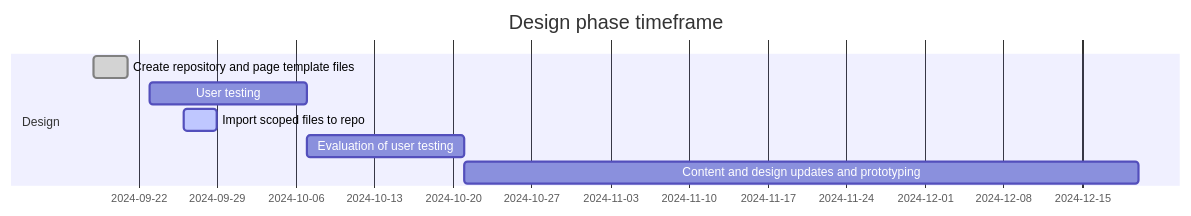
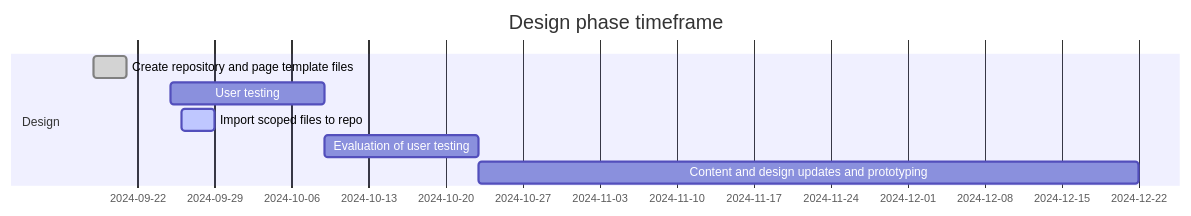
One commit to cra-proto/gst-hst-business changed the first of 2 diagrams in README.md. Above: the diagram before and after it, drawn with Mermaid.

````diff
--- a/README.md
+++ b/README.md
@@ -31,11 +31,11 @@
 ```mermaid
 gantt
     title Design phase timeframe
     dateFormat  YYYY-MM-DD
     section Design
     Create repository and page template files :done, a1, 2024-09-18, 3d
-    User testing :b1, 2024-09-23, 14d
+    User testing :b1, 2024-09-25, 14d
     Import scoped files to repo :active, a2, 2024-09-26, 3d
     Evaluation of user testing :b2, after b1, 14d
     Content and design updates and prototyping :after b2, 60d
 ```
````
